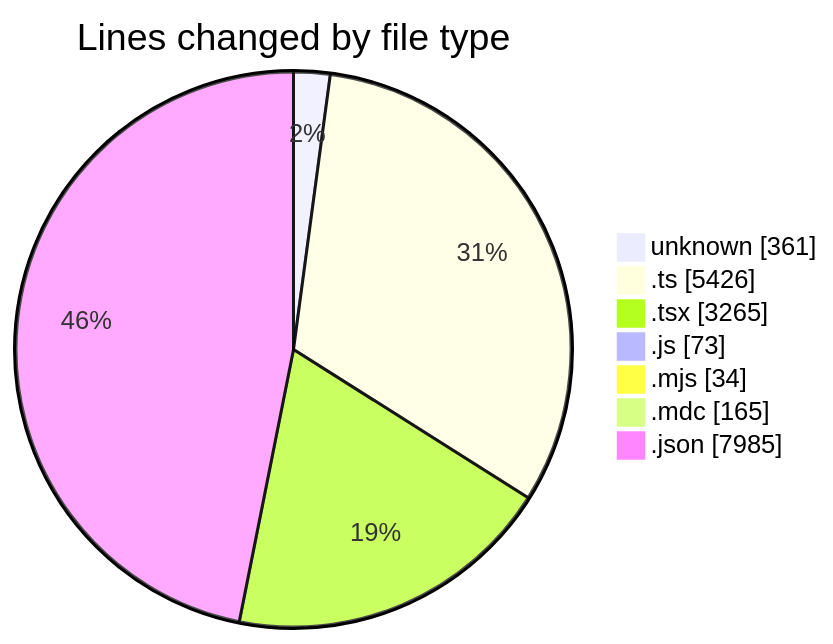
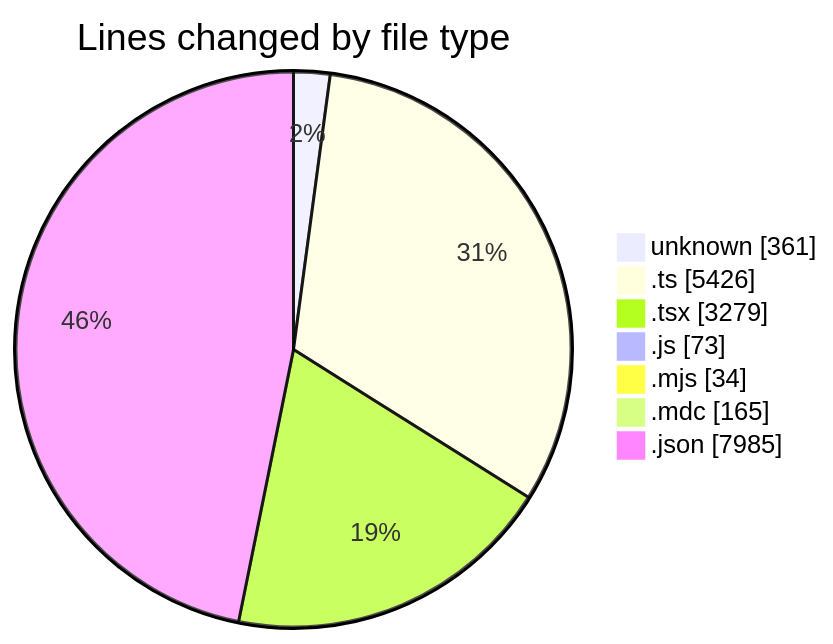
One commit to CELIANVF/code-tracking changed the first of 2 diagrams in 2025-06-13/ecodeli-1/README.md. Above: the diagram before and after it, drawn with Mermaid. The commit also changed other lines of this file and 1 other file, not shown here.

````diff
--- a/2025-06-13/ecodeli-1/README.md
+++ b/2025-06-13/ecodeli-1/README.md
@@ -37,11 +37,11 @@
 ```mermaid
 pie showData
 title Lines changed by file type
 "unknown" : 361
 ".ts" : 5426
-".tsx" : 3265
+".tsx" : 3279
 ".js" : 73
 ".mjs" : 34
 ".mdc" : 165
 ".json" : 7985
 ```
````
